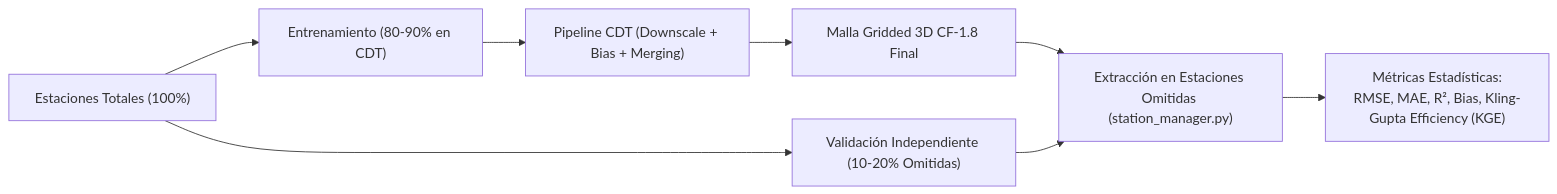
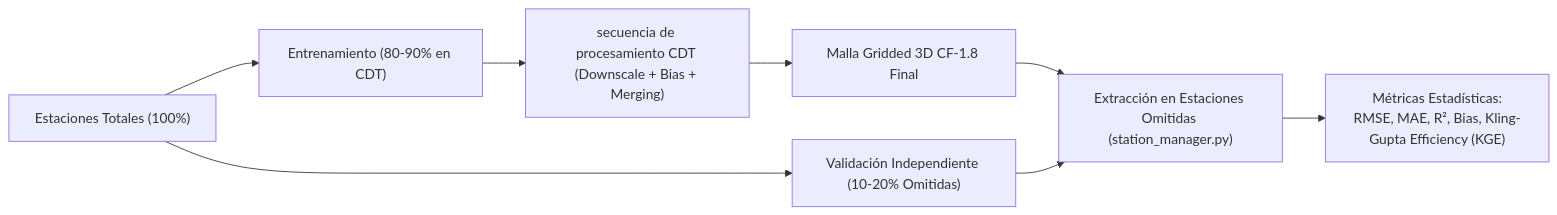
Before and after one commit to wabarca/cdt-workflow-ca-rd: the second of 2 diagrams in docs/07_flujo_completo_temperatura_chirts.md, drawn with Mermaid. The commit also changed 7 other files, not shown here.

Commit message:
docs: reemplazar pipeline por secuencia de procesamiento y cribado por evaluacion exploratoria preliminar

````diff
--- a/docs/07_flujo_completo_temperatura_chirts.md
+++ b/docs/07_flujo_completo_temperatura_chirts.md
@@ -170,10 +170,10 @@
 ```mermaid
 flowchart LR
     A["Estaciones Totales (100%)"] --> B["Entrenamiento (80-90% en CDT)"]
     A --> C["Validación Independiente (10-20% Omitidas)"]
-    B --> D["Pipeline CDT (Downscale + Bias + Merging)"]
+    B --> D["secuencia de procesamiento CDT (Downscale + Bias + Merging)"]
     D --> E["Malla Gridded 3D CF-1.8 Final"]
     E --> F["Extracción en Estaciones Omitidas (station_manager.py)"]
     C --> F
     F --> G["Métricas Estadísticas:<br>RMSE, MAE, R², Bias, Kling-Gupta Efficiency (KGE)"]
 ```
````
